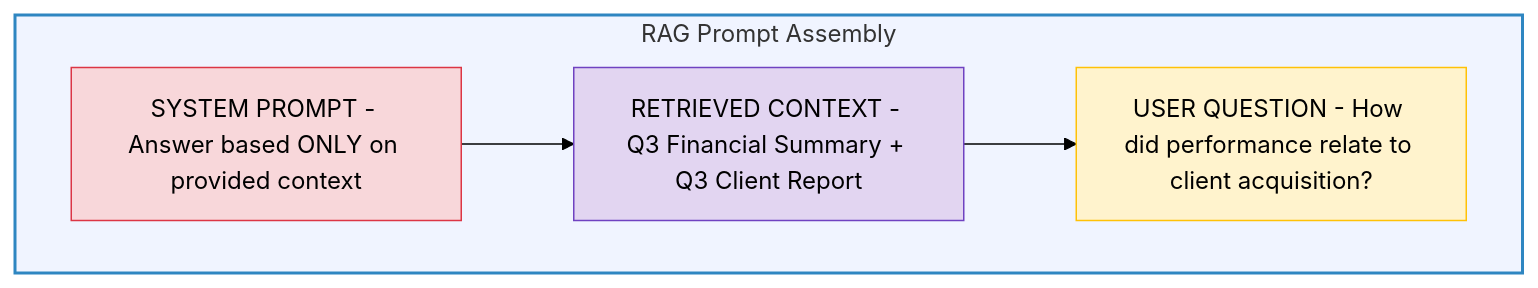
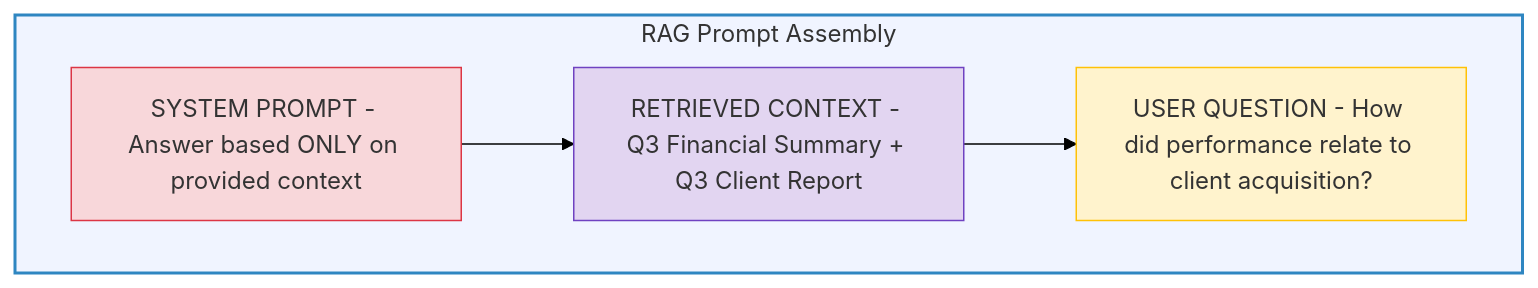
The eighth of 10 diagrams in docs/04-rag-deep-dive.md (ithinktavo/GenAI-Engineering-Handbook), drawn with Mermaid (forest theme) before and after one commit. The commit also changed other lines of this file and 9 other files, not shown here.

Commit message:
Fix Mermaid diagram text contrast: add color:#333 for readable dark text on colored backgrounds

````diff
--- a/docs/04-rag-deep-dive.md
+++ b/docs/04-rag-deep-dive.md
@@ -370,15 +370,15 @@
 ```mermaid
 graph TD
     subgraph PROMPT["RAG Prompt Assembly"]
         S["SYSTEM PROMPT - Answer based ONLY on provided context"]
         C["RETRIEVED CONTEXT - Q3 Financial Summary + Q3 Client Report"]
         U["USER QUESTION - How did performance relate to client acquisition?"]
 
         S --> C --> U
     end
 
-    style PROMPT fill:#f0f4ff,stroke:#2E86C1,stroke-width:2px
-    style S fill:#f8d7da,stroke:#dc3545
-    style C fill:#e2d5f1,stroke:#6f42c1
-    style U fill:#fff3cd,stroke:#ffc107
+    style PROMPT fill:#f0f4ff,stroke:#2E86C1,stroke-width:2px,color:#333
+    style S fill:#f8d7da,stroke:#dc3545,color:#333
+    style C fill:#e2d5f1,stroke:#6f42c1,color:#333
+    style U fill:#fff3cd,stroke:#ffc107,color:#333
 ```
````
